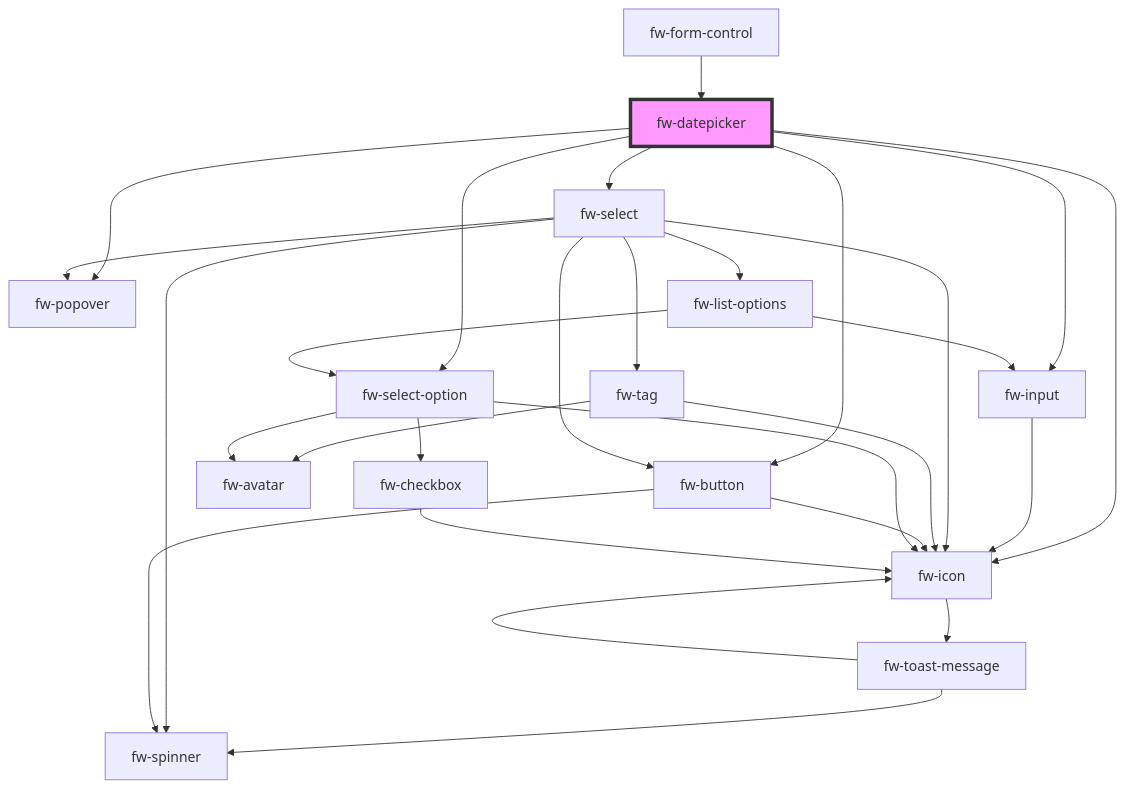
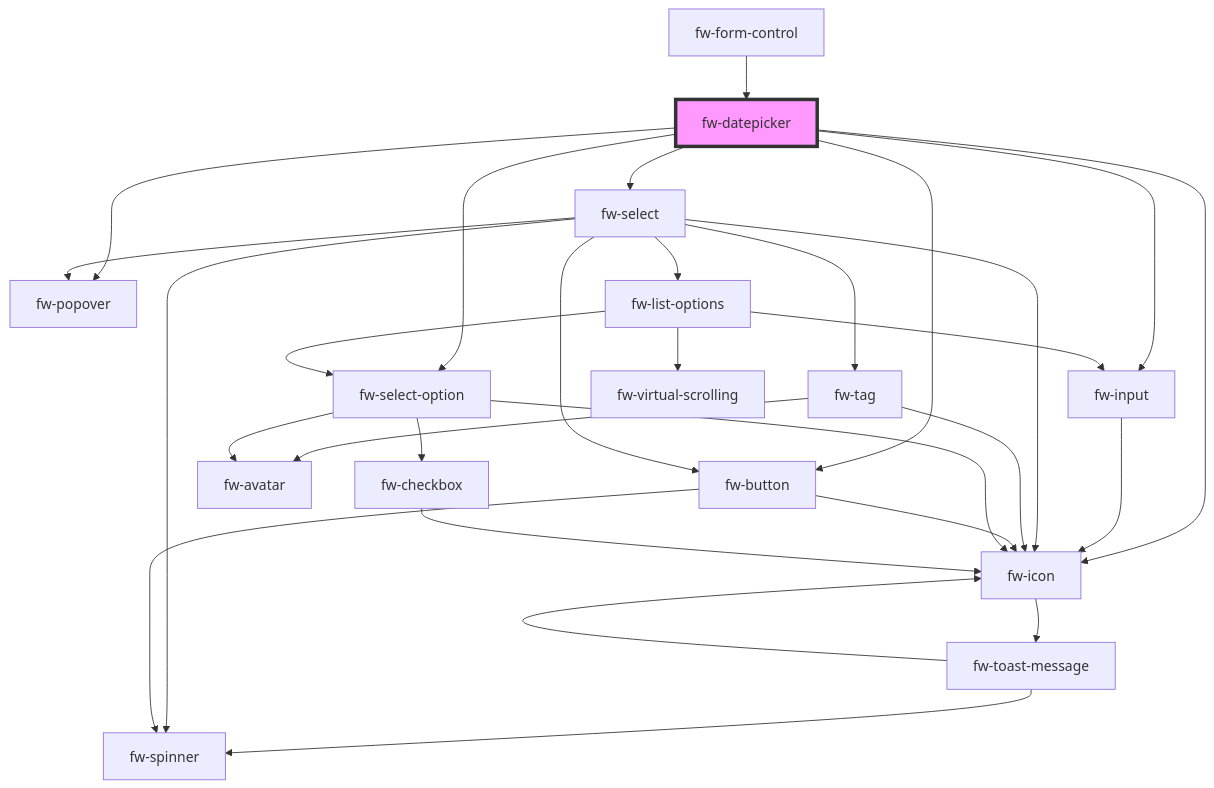
The diagram in packages/crayons-core/src/components/datepicker/readme.md (freshworks/crayons), drawn with Mermaid before and after one commit. The commit also changed 13 other files, not shown here.

````diff
--- a/packages/crayons-core/src/components/datepicker/readme.md
+++ b/packages/crayons-core/src/components/datepicker/readme.md
@@ -159,31 +159,32 @@
 ```mermaid
 graph TD;
   fw-datepicker --> fw-popover
   fw-datepicker --> fw-input
   fw-datepicker --> fw-icon
   fw-datepicker --> fw-select
   fw-datepicker --> fw-select-option
   fw-datepicker --> fw-button
   fw-input --> fw-icon
   fw-icon --> fw-toast-message
   fw-toast-message --> fw-spinner
   fw-toast-message --> fw-icon
   fw-select --> fw-tag
   fw-select --> fw-popover
   fw-select --> fw-button
   fw-select --> fw-spinner
   fw-select --> fw-icon
   fw-select --> fw-list-options
   fw-tag --> fw-avatar
   fw-tag --> fw-icon
   fw-button --> fw-spinner
   fw-button --> fw-icon
   fw-list-options --> fw-select-option
   fw-list-options --> fw-input
+  fw-list-options --> fw-virtual-scrolling
   fw-select-option --> fw-icon
   fw-select-option --> fw-checkbox
   fw-select-option --> fw-avatar
   fw-checkbox --> fw-icon
   fw-form-control --> fw-datepicker
   style fw-datepicker fill:#f9f,stroke:#333,stroke-width:4px
 ```
````
